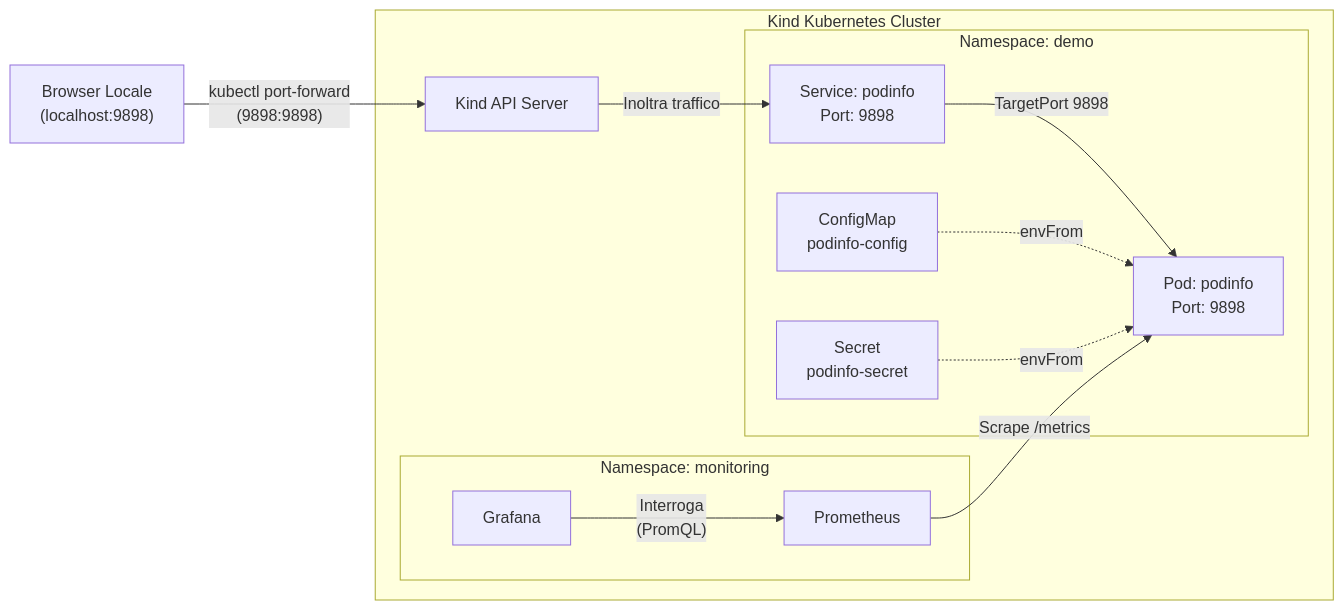
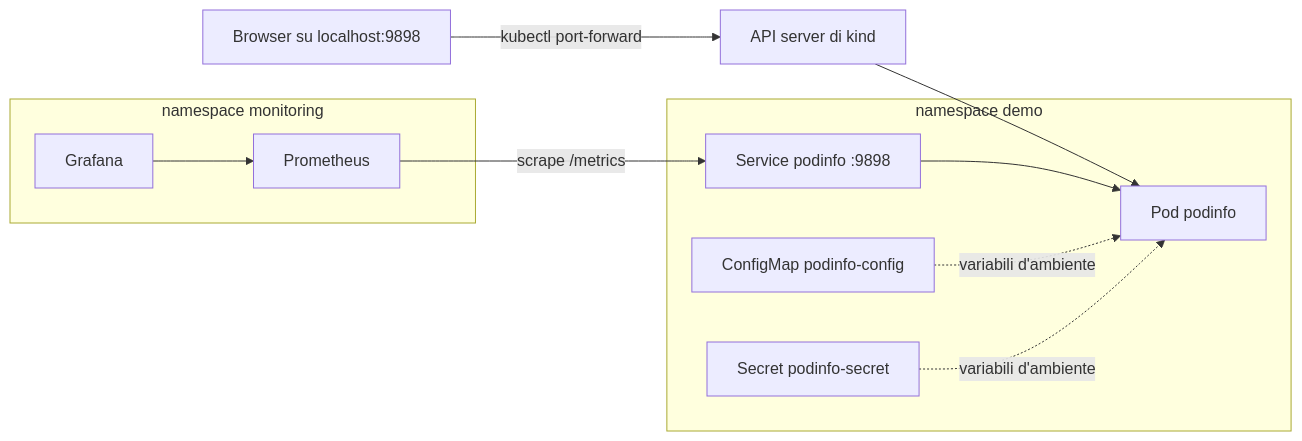
The diagram in README.md (SinghPartap01/kiratech-challenge-l2), drawn with Mermaid before and after one commit.

Commit message:
Update deployment flowchart in README.md

````diff
--- a/README.md
+++ b/README.md
@@ -23,30 +23,14 @@
 ```mermaid
 flowchart LR
-    B["Browser Locale\n(localhost:9898)"]
-
-    subgraph Kind ["Kind Kubernetes Cluster"]
-        API["Kind API Server"]
-        
-        subgraph demo ["Namespace: demo"]
-            SVC["Service: podinfo\nPort: 9898"]
-            POD["Pod: podinfo\nPort: 9898"]
-            CM["ConfigMap\npodinfo-config"]
-            SEC["Secret\npodinfo-secret"]
-        end
-        
-        subgraph monitoring ["Namespace: monitoring"]
-            PROM["Prometheus"]
-            GRAF["Grafana"]
-        end
+    B["Browser su localhost:9898"] -->|kubectl port-forward| API["API server di kind"]
+    API --> POD
+    subgraph demo["namespace demo"]
+        SVC["Service podinfo :9898"] --> POD["Pod podinfo"]
+        CM["ConfigMap podinfo-config"] -. variabili d'ambiente .-> POD
+        SEC["Secret podinfo-secret"] -. variabili d'ambiente .-> POD
     end
-
-    B -- "kubectl port-forward\n(9898:9898)" --> API
-    API -- "Inoltra traffico" --> SVC
-    SVC -- "TargetPort 9898" --> POD
-    
-    CM -. "envFrom" .-> POD
-    SEC -. "envFrom" .-> POD
-    
-    PROM -- "Scrape /metrics" --> POD
-    GRAF -- "Interroga\n(PromQL)" --> PROM
+    subgraph monitoring["namespace monitoring"]
+        PROM["Prometheus"] -->|scrape /metrics| SVC
+        GRAF["Grafana"] --> PROM
+    end
 ```
````
